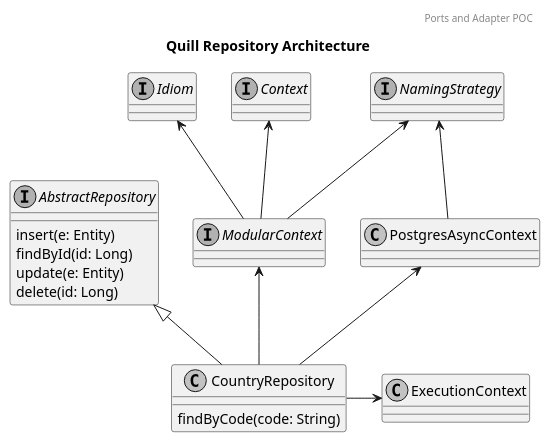
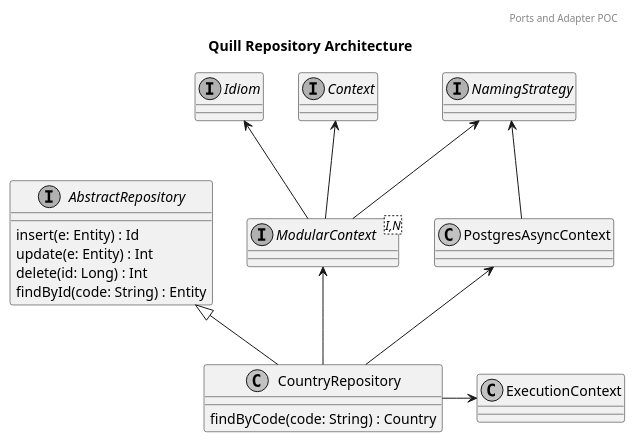
Before and after one commit to butcherless/incubator: the diagram in hexagonal/docs/quill-repository-architecture.puml, drawn with PlantUML. The commit also changed 5 other files, not shown here.

```diff
--- a/hexagonal/docs/quill-repository-architecture.puml
+++ b/hexagonal/docs/quill-repository-architecture.puml
@@ -1,33 +1,33 @@
 @startuml
 skinparam monochrome true
 skinparam BoxPadding 5
 header Ports and Adapter POC
 title Quill Repository Architecture
 
 interface Idiom
 interface NamingStrategy
 interface Context
 interface AbstractRepository {
-  {method} insert(e: Entity)
-  {method} findById(id: Long)
-  {method} update(e: Entity)
-  {method} delete(id: Long)
+  {method} insert(e: Entity) : Id
+  {method} update(e: Entity) : Int
+  {method} delete(id: Long) : Int
+  {method} findById(code: String) : Entity
 }
-interface ModularContext
+interface ModularContext <I,N>
 class     CountryRepository {
-  {method} findByCode(code: String)
+  {method} findByCode(code: String) : Country
 }
 
+Context <-- ModularContext
 Idiom <-- ModularContext
 NamingStrategy <-- ModularContext
-Context <-- ModularContext
 
 NamingStrategy <-- PostgresAsyncContext
 
 AbstractRepository <|-- CountryRepository
 ModularContext <-- CountryRepository
 PostgresAsyncContext <-- CountryRepository
 
 CountryRepository -right-> ExecutionContext
 
 @enduml
```
